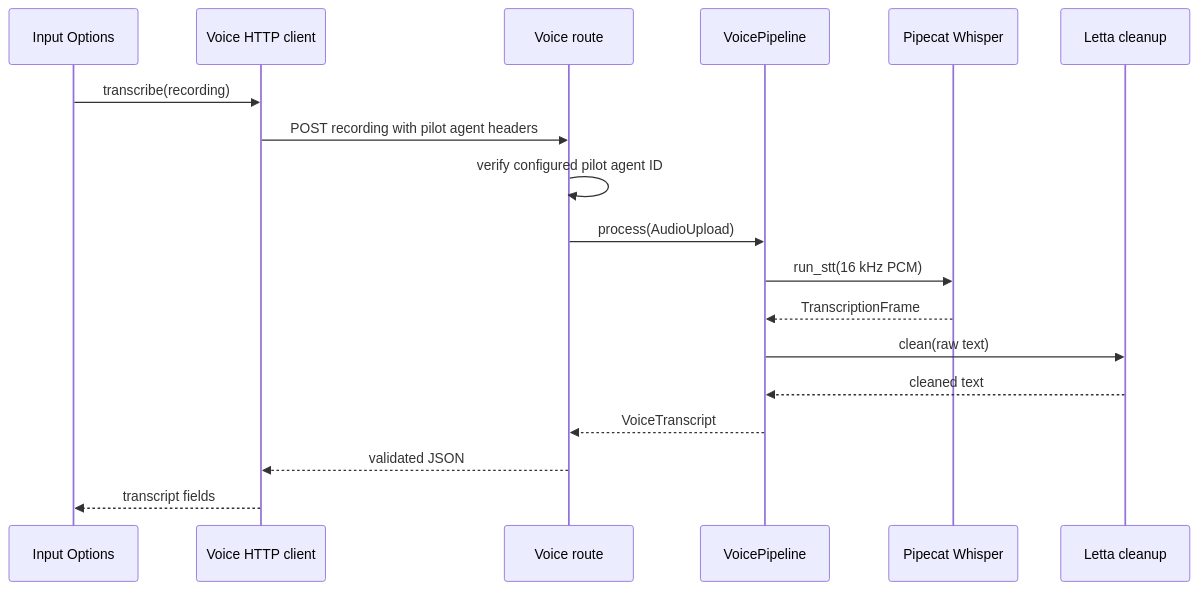
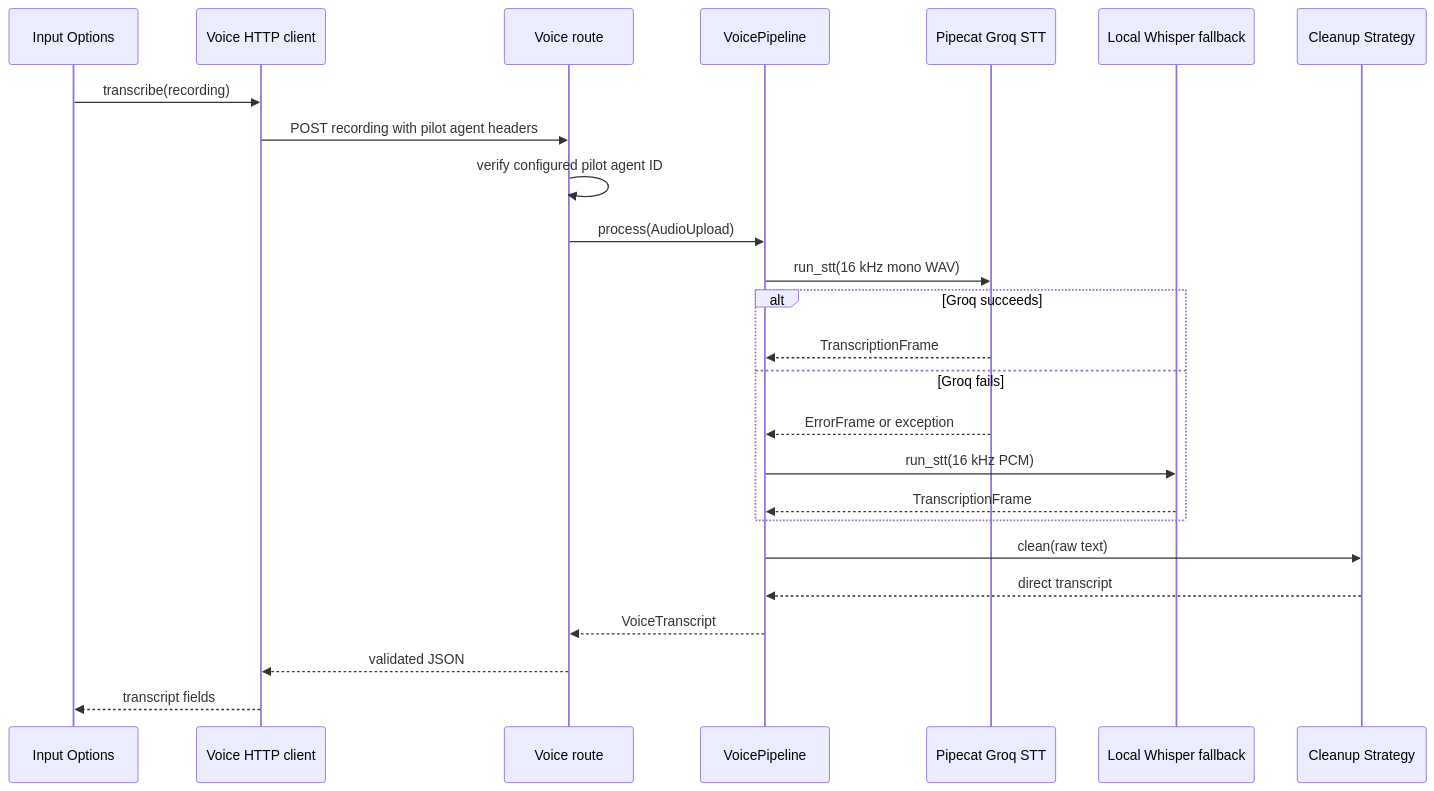
One commit to EGAdams/letta-code changed the diagram in dashboard/voice/pipecat_media/diagrams/mermaid_sequence/pipecat-media-upload.md. Above: the diagram before and after it, drawn with Mermaid. The commit also changed 16 other files, not shown here.

````diff
--- a/dashboard/voice/pipecat_media/diagrams/mermaid_sequence/pipecat-media-upload.md
+++ b/dashboard/voice/pipecat_media/diagrams/mermaid_sequence/pipecat-media-upload.md
@@ -3,20 +3,27 @@
 ```mermaid
 sequenceDiagram
     participant UI as Input Options
     participant HTTP as Voice HTTP client
     participant Route as Voice route
     participant Media as VoicePipeline
-    participant STT as Pipecat Whisper
-    participant Cleanup as Letta cleanup
+    participant Groq as Pipecat Groq STT
+    participant Local as Local Whisper fallback
+    participant Cleanup as Cleanup Strategy
     UI->>HTTP: transcribe(recording)
     HTTP->>Route: POST recording with pilot agent headers
     Route->>Route: verify configured pilot agent ID
     Route->>Media: process(AudioUpload)
-    Media->>STT: run_stt(16 kHz PCM)
-    STT-->>Media: TranscriptionFrame
+    Media->>Groq: run_stt(16 kHz mono WAV)
+    alt Groq succeeds
+        Groq-->>Media: TranscriptionFrame
+    else Groq fails
+        Groq-->>Media: ErrorFrame or exception
+        Media->>Local: run_stt(16 kHz PCM)
+        Local-->>Media: TranscriptionFrame
+    end
     Media->>Cleanup: clean(raw text)
-    Cleanup-->>Media: cleaned text
+    Cleanup-->>Media: direct transcript
     Media-->>Route: VoiceTranscript
     Route-->>HTTP: validated JSON
     HTTP-->>UI: transcript fields
 ```
````
